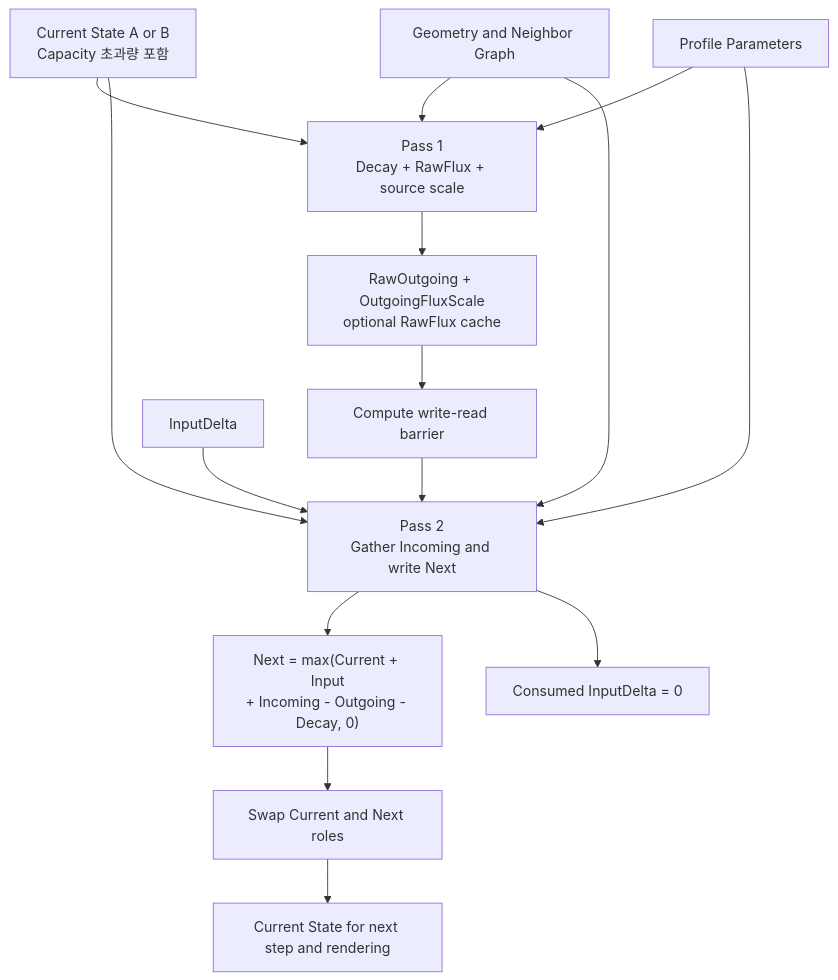
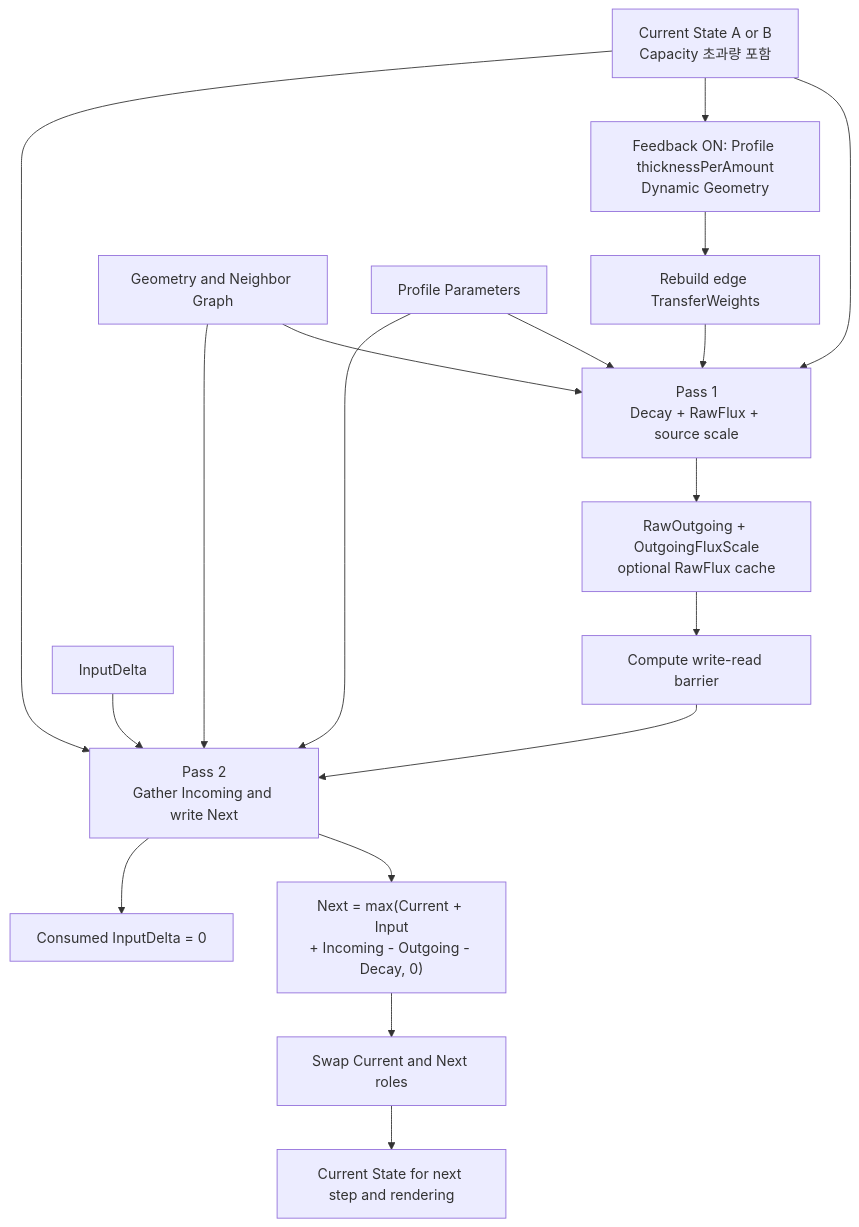
The second of 2 diagrams in Docs/MDSSP-Vault/Flow-Maps/0002_Surface-Simulation-Flow.md (Yonaim/Material-Dependent-Surface-State-Engine), drawn with Mermaid before and after one commit. The commit also changed other lines of this file and 27 other files, not shown here.

````diff
--- a/Docs/MDSSP-Vault/Flow-Maps/0002_Surface-Simulation-Flow.md
+++ b/Docs/MDSSP-Vault/Flow-Maps/0002_Surface-Simulation-Flow.md
@@ -35,18 +35,21 @@
 ```mermaid
 flowchart TD
   Current["Current State A or B<br/>Capacity 초과량 포함"] --> Pass1["Pass 1<br/>Decay + RawFlux + source scale"]
+  Current --> Accumulation["Feedback ON: Profile thicknessPerAmount<br/>Dynamic Geometry"]
+  Accumulation --> Weights["Rebuild edge TransferWeights"]
+  Weights --> Pass1
   Geometry["Geometry and Neighbor Graph"] --> Pass1
   Profile["Profile Parameters"] --> Pass1
   Pass1 --> Scratch["RawOutgoing + OutgoingFluxScale<br/>optional RawFlux cache"]
   Scratch --> Barrier["Compute write-read barrier"]
 
   Current --> Pass2["Pass 2<br/>Gather Incoming and write Next"]
   Geometry --> Pass2
   Profile --> Pass2
   Input["InputDelta"] --> Pass2
   Barrier --> Pass2
   Pass2 --> Next["Next = max(Current + Input<br/>+ Incoming - Outgoing - Decay, 0)"]
   Pass2 --> Clear["Consumed InputDelta = 0"]
   Next --> Swap["Swap Current and Next roles"]
   Swap --> Later["Current State for next step and rendering"]
 ```
````
